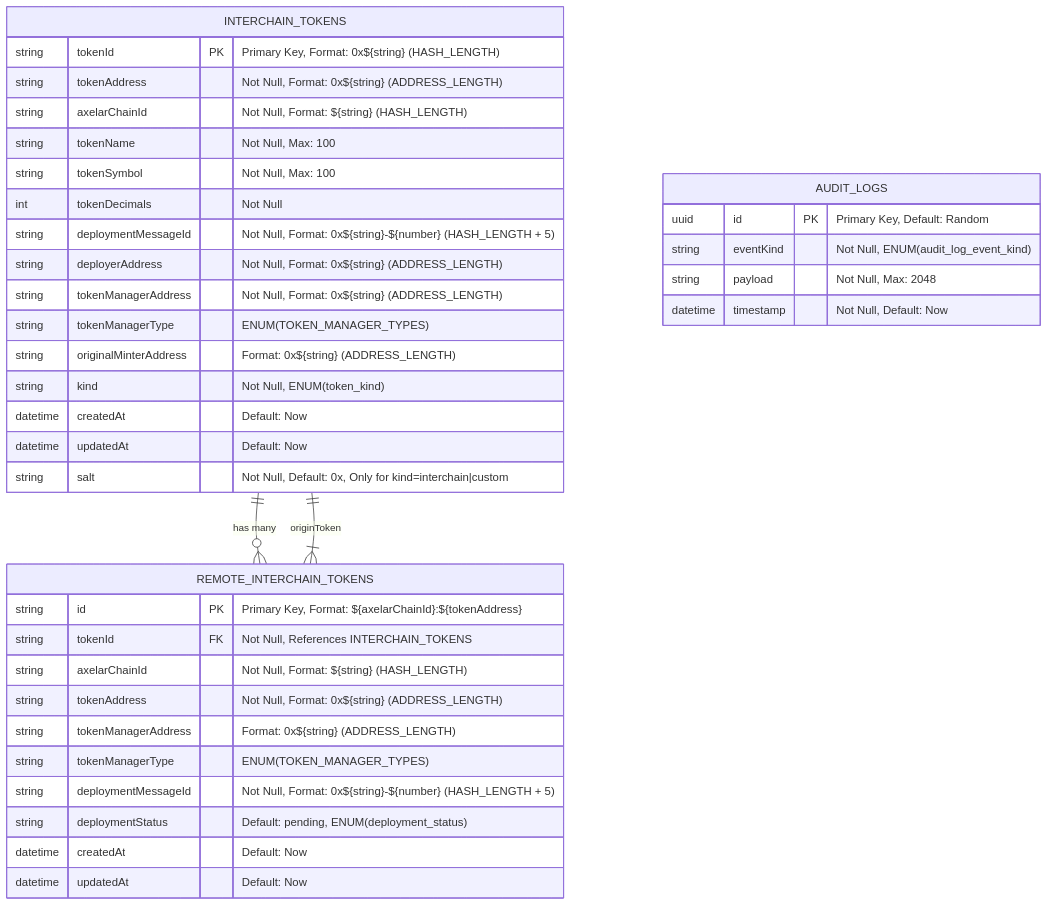
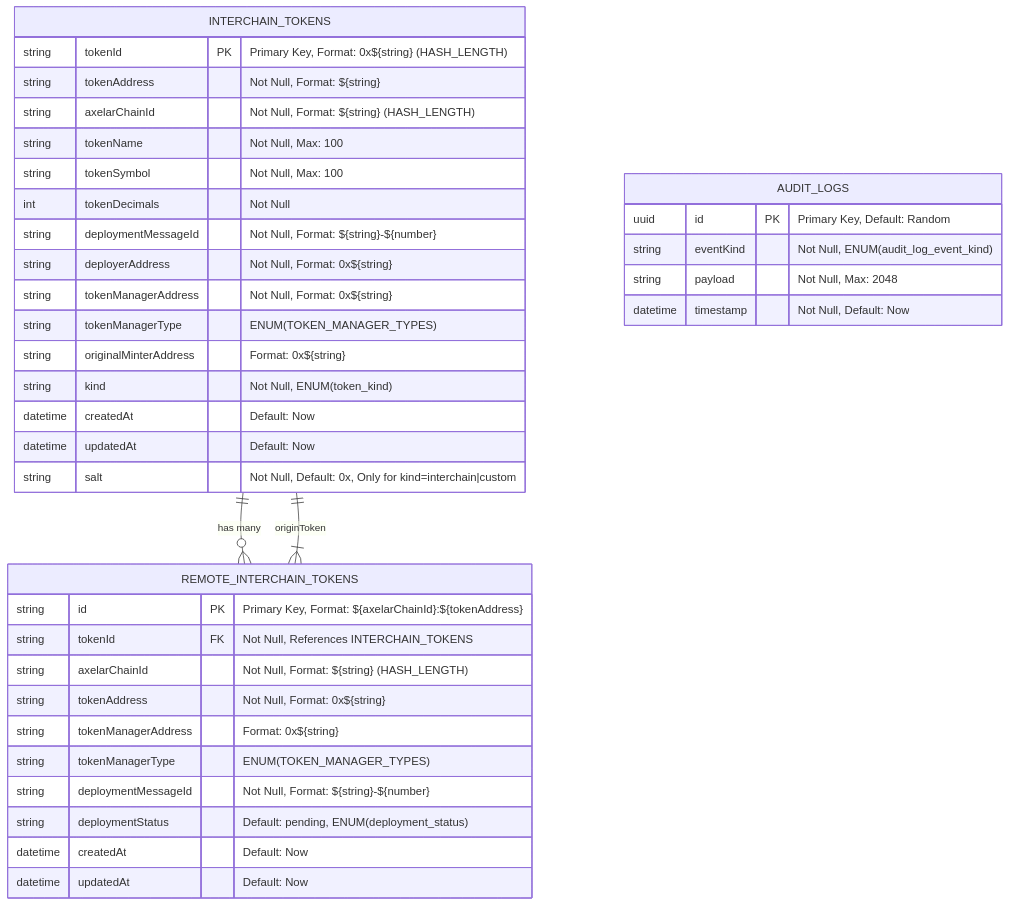
One commit to axelarnetwork/axelarjs changed the diagram in apps/maestro/src/lib/drizzle/docs/SCHEMA.md. Above: the diagram before and after it, drawn with Mermaid. The commit also changed 8 other files, not shown here.

````diff
--- a/apps/maestro/src/lib/drizzle/docs/SCHEMA.md
+++ b/apps/maestro/src/lib/drizzle/docs/SCHEMA.md
@@ -29,44 +29,44 @@
 ```mermaid
 erDiagram
     INTERCHAIN_TOKENS {
         string tokenId PK "Primary Key, Format: 0x${string} (HASH_LENGTH)"
-        string tokenAddress "Not Null, Format: 0x${string} (ADDRESS_LENGTH)"
+        string tokenAddress "Not Null, Format: ${string}"
         string axelarChainId "Not Null, Format: ${string} (HASH_LENGTH)"
         string tokenName "Not Null, Max: 100"
         string tokenSymbol "Not Null, Max: 100"
         int tokenDecimals "Not Null"
-        string deploymentMessageId "Not Null, Format: 0x${string}-${number} (HASH_LENGTH + 5)"
-        string deployerAddress "Not Null, Format: 0x${string} (ADDRESS_LENGTH)"
-        string tokenManagerAddress "Not Null, Format: 0x${string} (ADDRESS_LENGTH)"
+        string deploymentMessageId "Not Null, Format: ${string}-${number}"
+        string deployerAddress "Not Null, Format: 0x${string}"
+        string tokenManagerAddress "Not Null, Format: 0x${string}"
         string tokenManagerType "ENUM(TOKEN_MANAGER_TYPES)"
-        string originalMinterAddress "Format: 0x${string} (ADDRESS_LENGTH)"
+        string originalMinterAddress "Format: 0x${string}"
         string kind "Not Null, ENUM(token_kind)"
         datetime createdAt "Default: Now"
         datetime updatedAt "Default: Now"
         string salt "Not Null, Default: 0x, Only for kind=interchain|custom"
     }
 
     REMOTE_INTERCHAIN_TOKENS {
         string id PK "Primary Key, Format: ${axelarChainId}:${tokenAddress}"
         string tokenId FK "Not Null, References INTERCHAIN_TOKENS"
         string axelarChainId "Not Null, Format: ${string} (HASH_LENGTH)"
-        string tokenAddress "Not Null, Format: 0x${string} (ADDRESS_LENGTH)"
-        string tokenManagerAddress "Format: 0x${string} (ADDRESS_LENGTH)"
+        string tokenAddress "Not Null, Format: 0x${string}"
+        string tokenManagerAddress "Format: 0x${string}"
         string tokenManagerType "ENUM(TOKEN_MANAGER_TYPES)"
-        string deploymentMessageId "Not Null, Format: 0x${string}-${number} (HASH_LENGTH + 5)"
+        string deploymentMessageId "Not Null, Format: ${string}-${number}"
         string deploymentStatus "Default: pending, ENUM(deployment_status)"
         datetime createdAt "Default: Now"
         datetime updatedAt "Default: Now"
     }
 
     AUDIT_LOGS {
         uuid id PK "Primary Key, Default: Random"
         string eventKind "Not Null, ENUM(audit_log_event_kind)"
         string payload "Not Null, Max: 2048"
         datetime timestamp "Not Null, Default: Now"
     }
 
     INTERCHAIN_TOKENS ||--o{ REMOTE_INTERCHAIN_TOKENS : "has many"
     REMOTE_INTERCHAIN_TOKENS }|--|| INTERCHAIN_TOKENS : "originToken"
 
 ```
````
